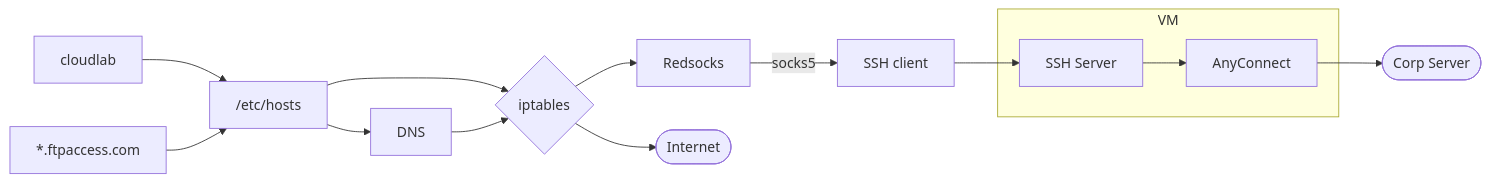
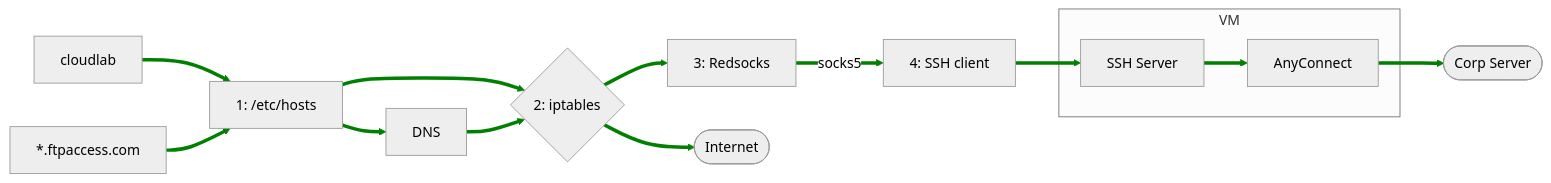
The diagram in docs/nix.md (kyokley/nix-demo), drawn with Mermaid before and after one commit. The commit also changed other lines of this file, not shown here.

````diff
--- a/docs/nix.md
+++ b/docs/nix.md
@@ -107,34 +107,29 @@
 ```mermaid
-%%{
-  init: {
-    "flowchart": {
-    "theme": "forest",
-    },
-  }
-}%%
+%%{init: {'theme': 'neutral', "flowchart" : { "curve" : "basis" } } }%%
 
 graph LR
     VPN_REQUEST["cloudlab"]
     INTERNET_REQUEST["*.ftpaccess.com"]
 
-    VPN_REQUEST --> ETC_HOSTS["/etc/hosts"]
+    VPN_REQUEST --> ETC_HOSTS["1: /etc/hosts"]
     INTERNET_REQUEST --> ETC_HOSTS
 
-    IP_TABLES{iptables}
+    IP_TABLES{"2: iptables"}
 
     ETC_HOSTS --> IP_TABLES
     ETC_HOSTS --> DNS
 
     DNS --> IP_TABLES
 
-    IP_TABLES --> REDSOCKS[Redsocks]
+    IP_TABLES --> REDSOCKS["3: Redsocks"]
     subgraph "VM"
         SSH["SSH Server"] --> AnyConnect
     end
-    REDSOCKS --> |socks5| SSH_CLIENT["SSH client"]
+    REDSOCKS --> |socks5| SSH_CLIENT["4: SSH client"]
     SSH_CLIENT --> SSH
     AnyConnect --> OVPN(["Corp Server"])
 
     IP_TABLES --> INTERNET([Internet])
 
+linkStyle default stroke-width:4px,fill:none,stroke:green;
 ```
````
